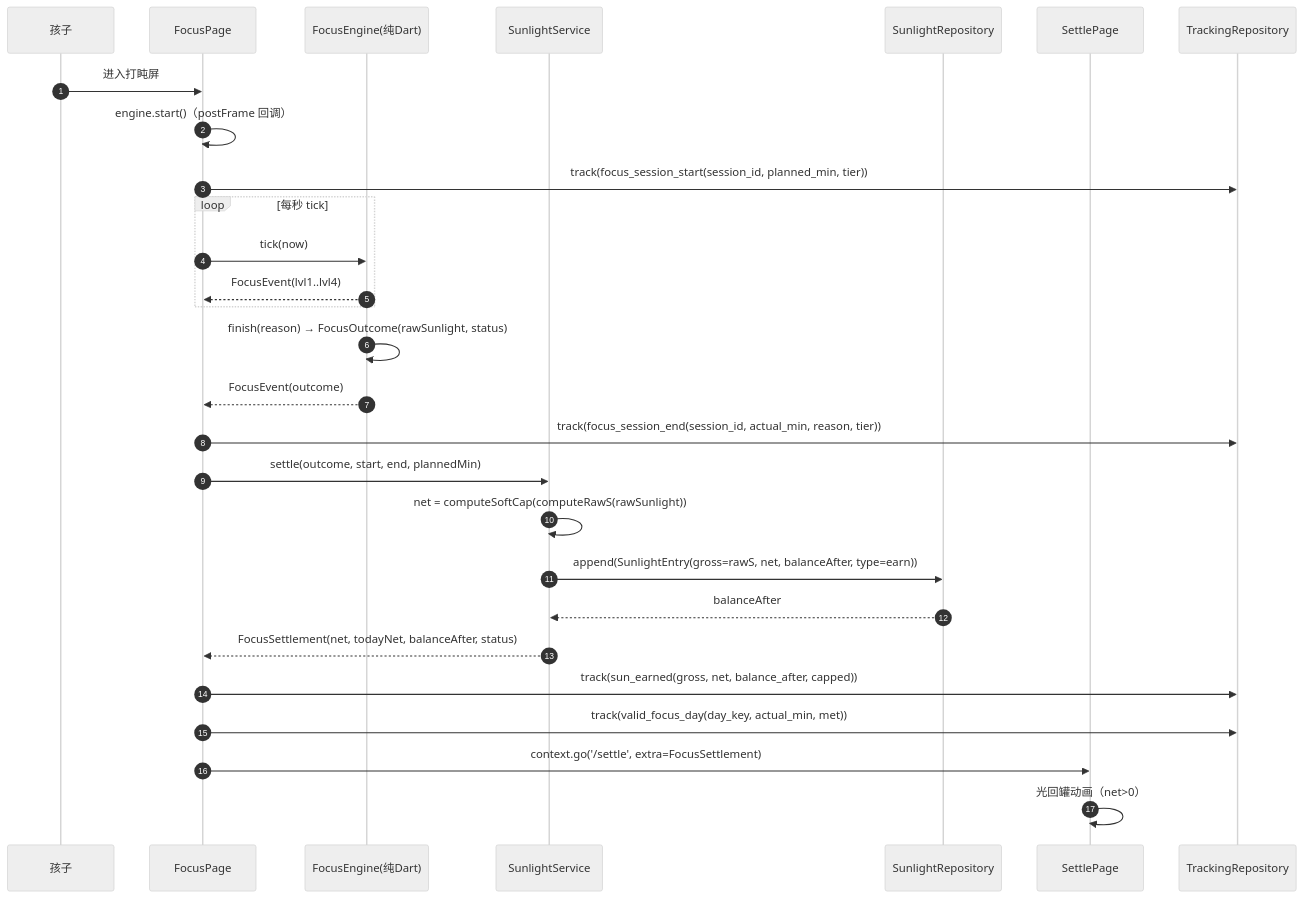
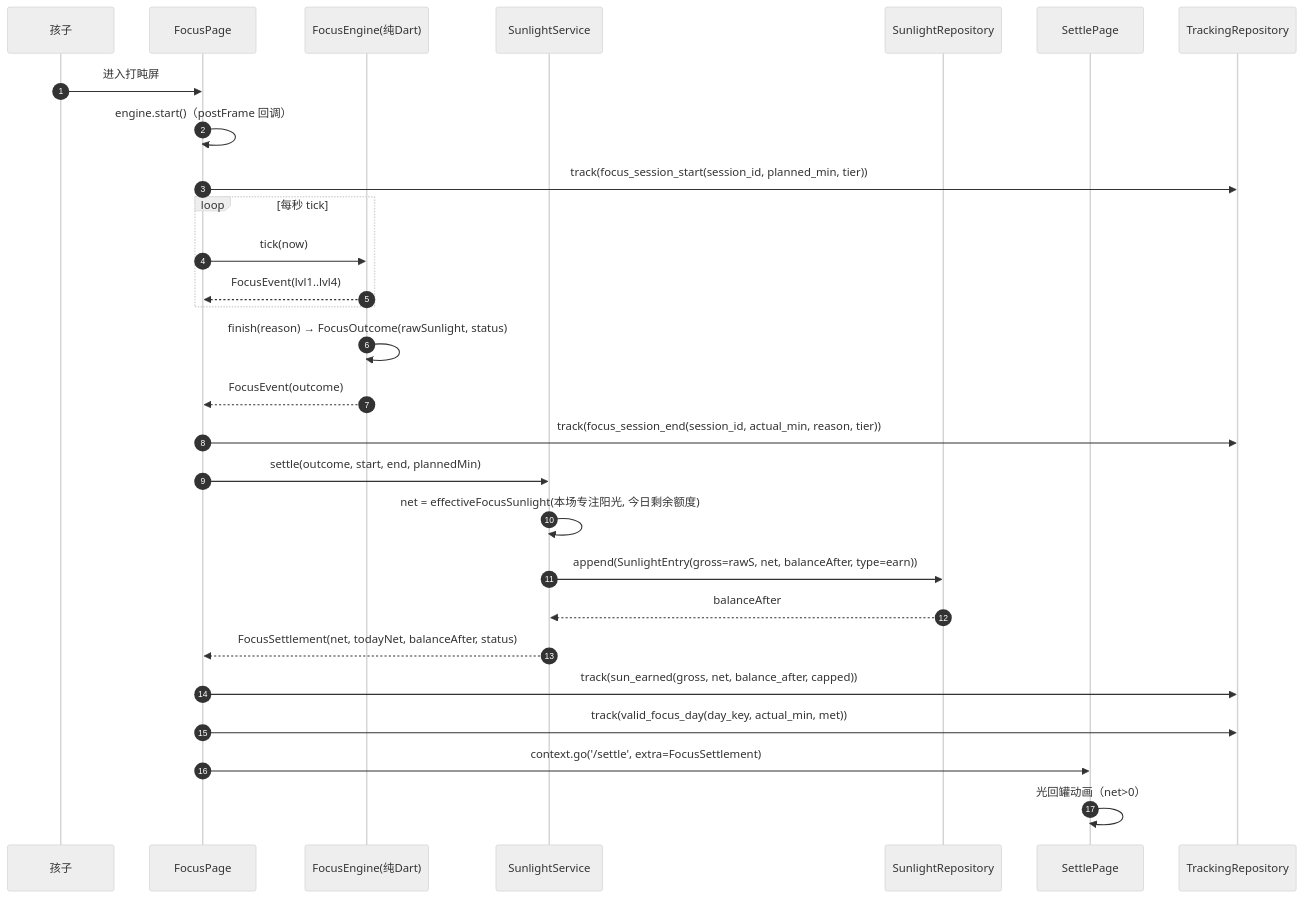
The sixth of 7 diagrams in docs/软件设计文档_M2.md (tasanshu666/sunflowerTime), drawn with Mermaid (neutral theme) before and after one commit. The commit also changed 28 other files, not shown here.

````diff
--- a/docs/软件设计文档_M2.md
+++ b/docs/软件设计文档_M2.md
@@ -631,31 +631,31 @@
 ```mermaid
 sequenceDiagram
     autonumber
     participant U as 孩子
     participant FP as FocusPage
     participant FE as FocusEngine(纯Dart)
     participant SS as SunlightService
     participant LD as SunlightRepository
     participant SE as SettlePage
     participant TR as TrackingRepository
 
     U->>FP: 进入打盹屏
     FP->>FP: engine.start()（postFrame 回调）
     FP->>TR: track(focus_session_start(session_id, planned_min, tier))
     loop 每秒 tick
         FP->>FE: tick(now)
         FE-->>FP: FocusEvent(lvl1..lvl4)
     end
     FE->>FE: finish(reason) → FocusOutcome(rawSunlight, status)
     FE-->>FP: FocusEvent(outcome)
     FP->>TR: track(focus_session_end(session_id, actual_min, reason, tier))
     FP->>SS: settle(outcome, start, end, plannedMin)
-    SS->>SS: net = computeSoftCap(computeRawS(rawSunlight))
+    SS->>SS: net = effectiveFocusSunlight(本场专注阳光, 今日剩余额度)
     SS->>LD: append(SunlightEntry(gross=rawS, net, balanceAfter, type=earn))
     LD-->>SS: balanceAfter
     SS-->>FP: FocusSettlement(net, todayNet, balanceAfter, status)
     FP->>TR: track(sun_earned(gross, net, balance_after, capped))
     FP->>TR: track(valid_focus_day(day_key, actual_min, met))
     FP->>SE: context.go('/settle', extra=FocusSettlement)
     SE->>SE: 光回罐动画（net>0）
 ```
````
